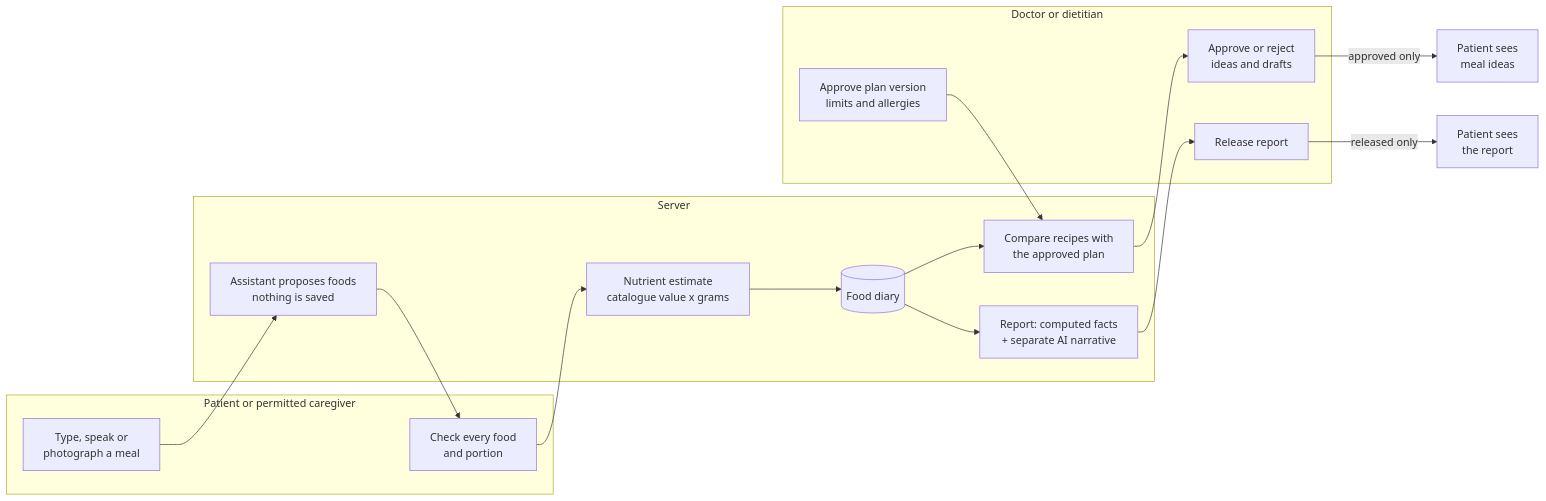
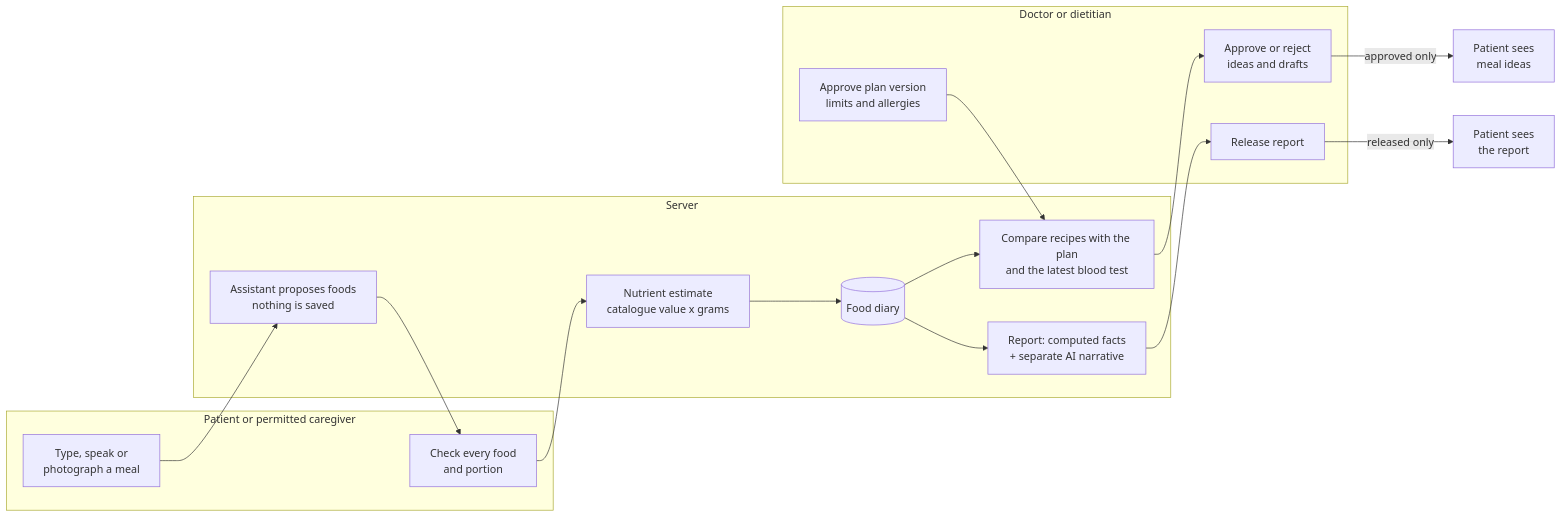
The fifth of 6 diagrams in README.md (baraa0abd/Kulya), drawn with Mermaid before and after one commit. The commit also changed other lines of this file and 1 other file, not shown here.

First line of the commit message:
docs: bring the README and API schema up to date

````diff
--- a/README.md
+++ b/README.md
@@ -239,28 +248,28 @@
 ```mermaid
 flowchart LR
     subgraph Patient["Patient or permitted caregiver"]
         IN["Type, speak or<br/>photograph a meal"]
         CONF["Check every food<br/>and portion"]
     end
 
     subgraph Server["Server"]
         REC["Assistant proposes foods<br/>nothing is saved"]
         EST["Nutrient estimate<br/>catalogue value x grams"]
         DIARY[("Food diary")]
-        RULES["Compare recipes with<br/>the approved plan"]
+        RULES["Compare recipes with the plan<br/>and the latest blood test"]
         REP["Report: computed facts<br/>+ separate AI narrative"]
     end
 
     subgraph Clinician["Doctor or dietitian"]
         PLAN["Approve plan version<br/>limits and allergies"]
         REVIEW["Approve or reject<br/>ideas and drafts"]
         RELEASE["Release report"]
     end
 
     IN --> REC --> CONF --> EST --> DIARY
     PLAN --> RULES
     DIARY --> RULES --> REVIEW
     DIARY --> REP --> RELEASE
     REVIEW -->|approved only| OUT["Patient sees<br/>meal ideas"]
     RELEASE -->|released only| OUT2["Patient sees<br/>the report"]
 ```
````
